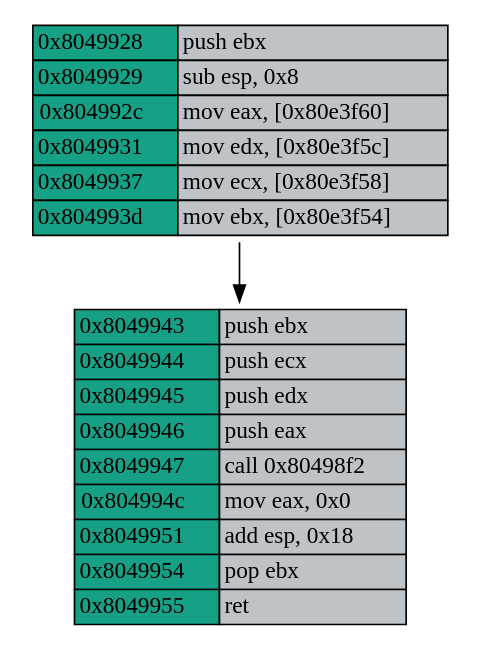
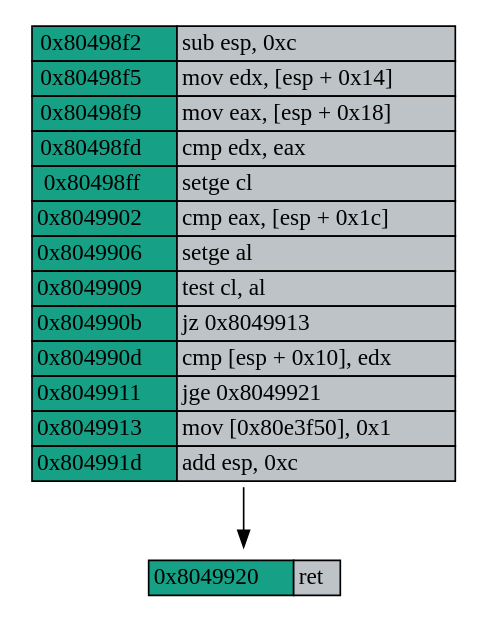
One commit to Nicolnegg/researh changed the diagram in VM/tools-paper/Examples/example-long-if-condition/function_cfg.dot. Above: the diagram before and after it, drawn with Graphviz. The commit also changed 5 other files, not shown here.

```diff
--- a/VM/tools-paper/Examples/example-long-if-condition/function_cfg.dot
+++ b/VM/tools-paper/Examples/example-long-if-condition/function_cfg.dot
@@ -1,28 +1,27 @@
 digraph G {
   node [shape=plaintext, ];
-  275638648 [label=<<table border="0" cellspacing="0">
-<tr><td border="1" bgcolor="#16a085">0x8049928</td><td border="1" bgcolor="#bdc3c7" align="left">push ebx</td></tr>
-<tr><td border="1" bgcolor="#16a085">0x8049929</td><td border="1" bgcolor="#bdc3c7" align="left">sub esp, 0x8</td></tr>
-<tr><td border="1" bgcolor="#16a085">0x804992c</td><td border="1" bgcolor="#bdc3c7" align="left">mov eax, [0x80e3f60]</td></tr>
-<tr><td border="1" bgcolor="#16a085">0x8049931</td><td border="1" bgcolor="#bdc3c7" align="left">mov edx, [0x80e3f5c]</td></tr>
-<tr><td border="1" bgcolor="#16a085">0x8049937</td><td border="1" bgcolor="#bdc3c7" align="left">mov ecx, [0x80e3f58]</td></tr>
-<tr><td border="1" bgcolor="#16a085">0x804993d</td><td border="1" bgcolor="#bdc3c7" align="left">mov ebx, [0x80e3f54]</td></tr>
+  992188743 [label=<<table border="0" cellspacing="0">
+<tr><td border="1" bgcolor="#16a085">0x8049920</td><td border="1" bgcolor="#bdc3c7" align="left">ret</td></tr>
 </table>>,
              ];
-  1064861087 [label=<<table border="0" cellspacing="0">
-<tr><td border="1" bgcolor="#16a085">0x8049943</td><td border="1" bgcolor="#bdc3c7" align="left">push ebx</td></tr>
-<tr><td border="1" bgcolor="#16a085">0x8049944</td><td border="1" bgcolor="#bdc3c7" align="left">push ecx</td></tr>
-<tr><td border="1" bgcolor="#16a085">0x8049945</td><td border="1" bgcolor="#bdc3c7" align="left">push edx</td></tr>
-<tr><td border="1" bgcolor="#16a085">0x8049946</td><td border="1" bgcolor="#bdc3c7" align="left">push eax</td></tr>
-<tr><td border="1" bgcolor="#16a085">0x8049947</td><td border="1" bgcolor="#bdc3c7" align="left">call 0x80498f2</td></tr>
-<tr><td border="1" bgcolor="#16a085">0x804994c</td><td border="1" bgcolor="#bdc3c7" align="left">mov eax, 0x0</td></tr>
-<tr><td border="1" bgcolor="#16a085">0x8049951</td><td border="1" bgcolor="#bdc3c7" align="left">add esp, 0x18</td></tr>
-<tr><td border="1" bgcolor="#16a085">0x8049954</td><td border="1" bgcolor="#bdc3c7" align="left">pop ebx</td></tr>
-<tr><td border="1" bgcolor="#16a085">0x8049955</td><td border="1" bgcolor="#bdc3c7" align="left">ret</td></tr>
+  704187041 [label=<<table border="0" cellspacing="0">
+<tr><td border="1" bgcolor="#16a085">0x80498f2</td><td border="1" bgcolor="#bdc3c7" align="left">sub esp, 0xc</td></tr>
+<tr><td border="1" bgcolor="#16a085">0x80498f5</td><td border="1" bgcolor="#bdc3c7" align="left">mov edx, [esp + 0x14]</td></tr>
+<tr><td border="1" bgcolor="#16a085">0x80498f9</td><td border="1" bgcolor="#bdc3c7" align="left">mov eax, [esp + 0x18]</td></tr>
+<tr><td border="1" bgcolor="#16a085">0x80498fd</td><td border="1" bgcolor="#bdc3c7" align="left">cmp edx, eax</td></tr>
+<tr><td border="1" bgcolor="#16a085">0x80498ff</td><td border="1" bgcolor="#bdc3c7" align="left">setge cl</td></tr>
+<tr><td border="1" bgcolor="#16a085">0x8049902</td><td border="1" bgcolor="#bdc3c7" align="left">cmp eax, [esp + 0x1c]</td></tr>
+<tr><td border="1" bgcolor="#16a085">0x8049906</td><td border="1" bgcolor="#bdc3c7" align="left">setge al</td></tr>
+<tr><td border="1" bgcolor="#16a085">0x8049909</td><td border="1" bgcolor="#bdc3c7" align="left">test cl, al</td></tr>
+<tr><td border="1" bgcolor="#16a085">0x804990b</td><td border="1" bgcolor="#bdc3c7" align="left">jz 0x8049913</td></tr>
+<tr><td border="1" bgcolor="#16a085">0x804990d</td><td border="1" bgcolor="#bdc3c7" align="left">cmp [esp + 0x10], edx</td></tr>
+<tr><td border="1" bgcolor="#16a085">0x8049911</td><td border="1" bgcolor="#bdc3c7" align="left">jge 0x8049921</td></tr>
+<tr><td border="1" bgcolor="#16a085">0x8049913</td><td border="1" bgcolor="#bdc3c7" align="left">mov [0x80e3f50], 0x1</td></tr>
+<tr><td border="1" bgcolor="#16a085">0x804991d</td><td border="1" bgcolor="#bdc3c7" align="left">add esp, 0xc</td></tr>
 </table>>,
-              ];
+             ];
   
   
-  275638648 -> 1064861087 [minlen=1, ];
+  704187041 -> 992188743 [minlen=1, ];
   
   }
```
